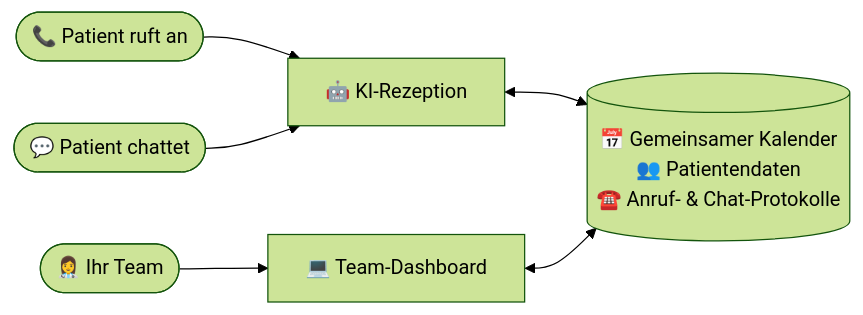
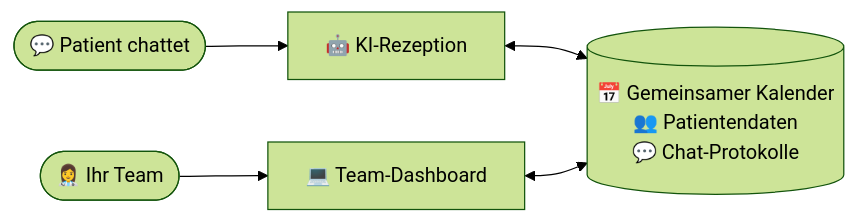
The first of 3 diagrams in docs/user-guide.de.md (hbela/sunshine-dental), drawn with Mermaid (forest theme) before and after one commit. The commit also changed other lines of this file and 103 other files, not shown here.

````diff
--- a/docs/user-guide.de.md
+++ b/docs/user-guide.de.md
@@ -64,8 +52,7 @@
 ```mermaid
 flowchart LR
-    Patient([📞 Patient ruft an]) --> AI[🤖 KI-Rezeption]
-    Chat([💬 Patient chattet]) --> AI
-    AI <--> Core[(📅 Gemeinsamer Kalender<br/>👥 Patientendaten<br/>☎️ Anruf- & Chat-Protokolle)]
+    Chat([💬 Patient chattet]) --> AI[🤖 KI-Rezeption]
+    AI <--> Core[(📅 Gemeinsamer Kalender<br/>👥 Patientendaten<br/>💬 Chat-Protokolle)]
     Staff([👩‍⚕️ Ihr Team]) --> Dashboard[💻 Team-Dashboard]
     Dashboard <--> Core
 ```
````
